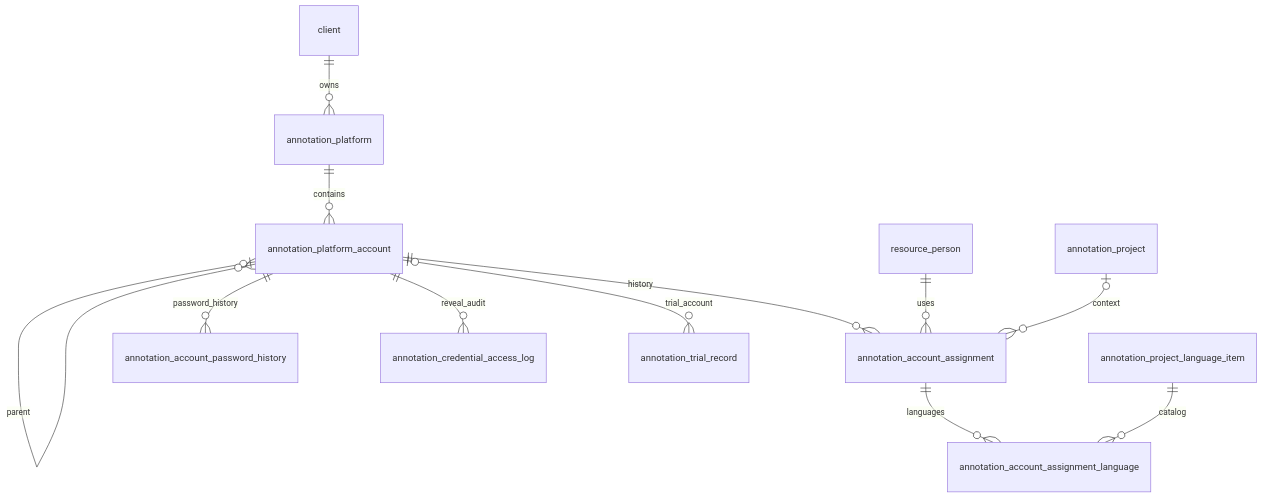
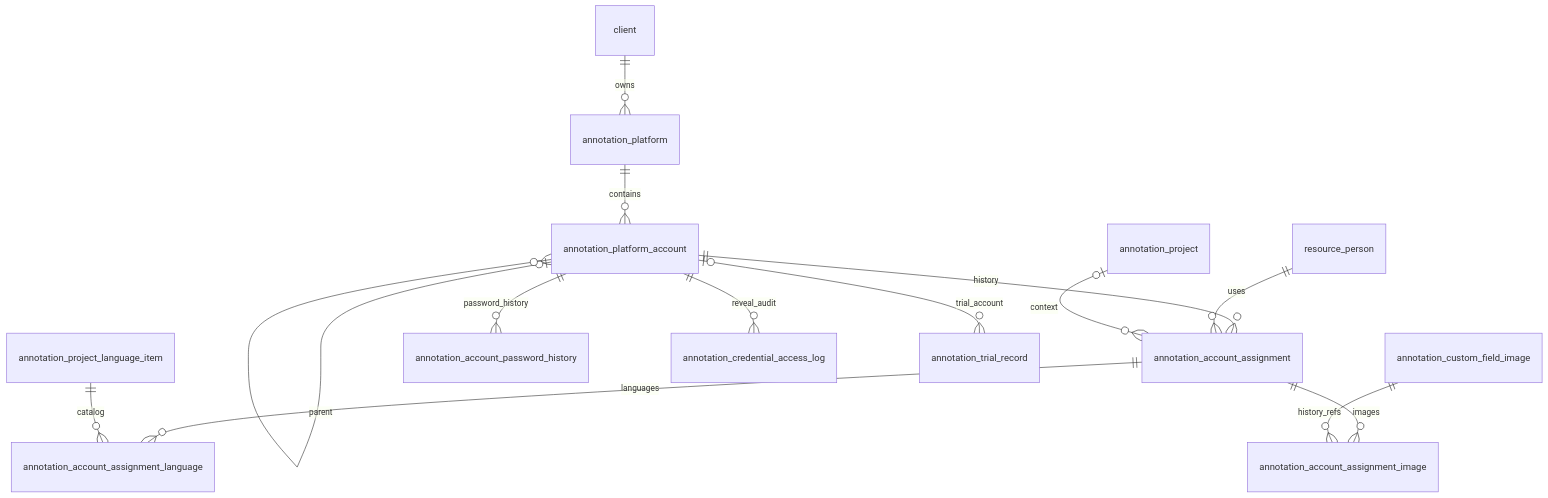
Before and after one commit to 2405008450/xinshi_system: the diagram in docs/database/annotation_account_library_design.md, drawn with Mermaid. The commit also changed other lines of this file and 45 other files, not shown here.

````diff
--- a/docs/database/annotation_account_library_design.md
+++ b/docs/database/annotation_account_library_design.md
@@ -28,14 +28,16 @@
 ```mermaid
 erDiagram
   client ||--o{ annotation_platform : owns
   annotation_platform ||--o{ annotation_platform_account : contains
   annotation_platform_account o|--o{ annotation_platform_account : parent
   annotation_platform_account ||--o{ annotation_account_assignment : history
   resource_person ||--o{ annotation_account_assignment : uses
   annotation_project o|--o{ annotation_account_assignment : context
   annotation_account_assignment ||--o{ annotation_account_assignment_language : languages
   annotation_project_language_item ||--o{ annotation_account_assignment_language : catalog
+  annotation_account_assignment ||--o{ annotation_account_assignment_image : images
+  annotation_custom_field_image ||--o{ annotation_account_assignment_image : history_refs
   annotation_platform_account ||--o{ annotation_account_password_history : password_history
   annotation_platform_account ||--o{ annotation_credential_access_log : reveal_audit
   annotation_platform_account o|--o{ annotation_trial_record : trial_account
 ```
````
